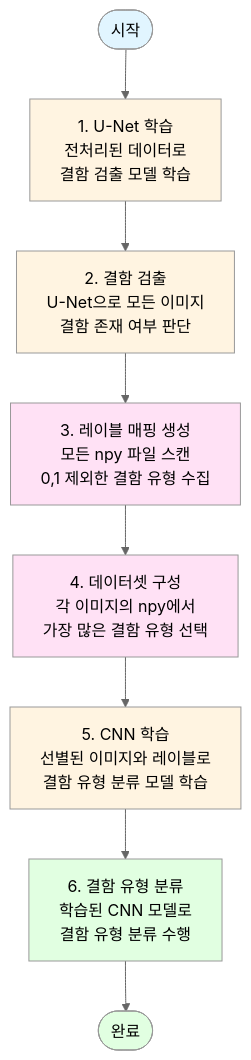
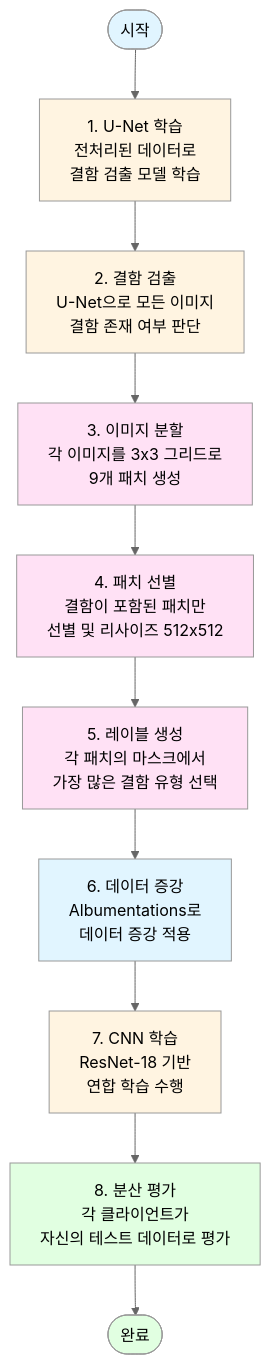
One commit to 20211938/IoT_FL_AM changed the third of 3 diagrams in README.md. Above: the diagram before and after it, drawn with Mermaid (neutral theme). The commit also changed other lines of this file, not shown here.

````diff
--- a/README.md
+++ b/README.md
@@ -115,25 +200,31 @@
 ```mermaid
 flowchart TD
     Start([시작]) --> Step1[1. U-Net 학습<br/>전처리된 데이터로<br/>결함 검출 모델 학습]
     
     Step1 --> Step2[2. 결함 검출<br/>U-Net으로 모든 이미지<br/>결함 존재 여부 판단]
     
-    Step2 --> Step3[3. 레이블 매핑 생성<br/>모든 npy 파일 스캔<br/>0,1 제외한 결함 유형 수집]
+    Step2 --> Step3[3. 이미지 분할<br/>각 이미지를 3x3 그리드로<br/>9개 패치 생성]
     
-    Step3 --> Step4[4. 데이터셋 구성<br/>각 이미지의 npy에서<br/>가장 많은 결함 유형 선택]
+    Step3 --> Step4[4. 패치 선별<br/>결함이 포함된 패치만<br/>선별 및 리사이즈 512x512]
     
-    Step4 --> Step5[5. CNN 학습<br/>선별된 이미지와 레이블로<br/>결함 유형 분류 모델 학습]
+    Step4 --> Step5[5. 레이블 생성<br/>각 패치의 마스크에서<br/>가장 많은 결함 유형 선택]
     
-    Step5 --> Step6[6. 결함 유형 분류<br/>학습된 CNN 모델로<br/>결함 유형 분류 수행]
+    Step5 --> Step6[6. 데이터 증강<br/>Albumentations로<br/>데이터 증강 적용]
     
-    Step6 --> End([완료])
+    Step6 --> Step7[7. CNN 학습<br/>ResNet-18 기반<br/>연합 학습 수행]
+    
+    Step7 --> Step8[8. 분산 평가<br/>각 클라이언트가<br/>자신의 테스트 데이터로 평가]
+    
+    Step8 --> End([완료])
     
     style Start fill:#e1f5ff
     style End fill:#e1ffe1
     style Step1 fill:#fff4e1
     style Step2 fill:#fff4e1
     style Step3 fill:#ffe1f5
     style Step4 fill:#ffe1f5
-    style Step5 fill:#fff4e1
-    style Step6 fill:#e1ffe1
+    style Step5 fill:#ffe1f5
+    style Step6 fill:#e1f5ff
+    style Step7 fill:#fff4e1
+    style Step8 fill:#e1ffe1
 ```
````
